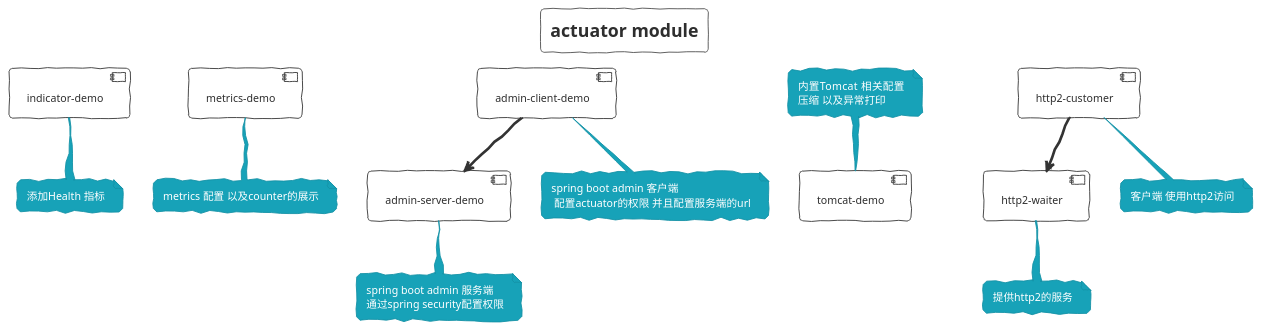
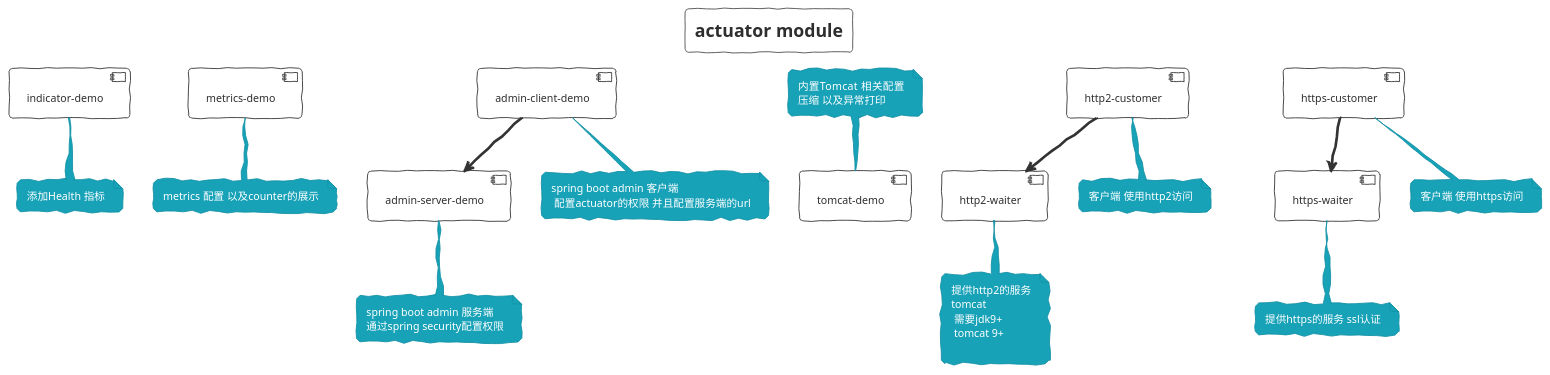
One commit to FantasybabyChange/springStudyProject changed the diagram in spring-boot-actuator/Module.puml. Above: the diagram before and after it, drawn with PlantUML. The commit also changed 80 other files, not shown here.

```diff
--- a/spring-boot-actuator/Module.puml
+++ b/spring-boot-actuator/Module.puml
@@ -1,41 +1,57 @@
 @startuml ACTUATOR_MODULE
 !theme sketchy-outline
 title actuator module
 [indicator-demo] as id
 [metrics-demo] as md
 [admin-server-demo] as asd
 [admin-client-demo] as acd
 [tomcat-demo] as td
 
 [http2-customer] as hhc
 [http2-waiter] as hhw
+
+[https-customer] as hhcs
+[https-waiter] as hhws
 note bottom of id
     添加Health 指标
 end note
 
 note bottom of md
   metrics 配置 以及counter的展示
 end note
 note bottom of asd
  spring boot admin 服务端
  通过spring security配置权限
 end note
 note bottom of acd
 spring boot admin 客户端
  配置actuator的权限 并且配置服务端的url
 end note
 acd -->asd
 note top of td
 内置Tomcat  相关配置
 压缩 以及异常打印
 end note
 
 note bottom of hhc
 客户端 使用http2访问
 end note
 
 note bottom of hhw
 提供http2的服务
+tomcat
+ 需要jdk9+  
+ tomcat 9+
+
 end note
 hhc-->hhw
+
+note bottom of hhcs
+客户端 使用https访问
+end note
+
+note bottom of hhws
+提供https的服务 ssl认证
+end note
+hhcs-->hhws
 @enduml
```
